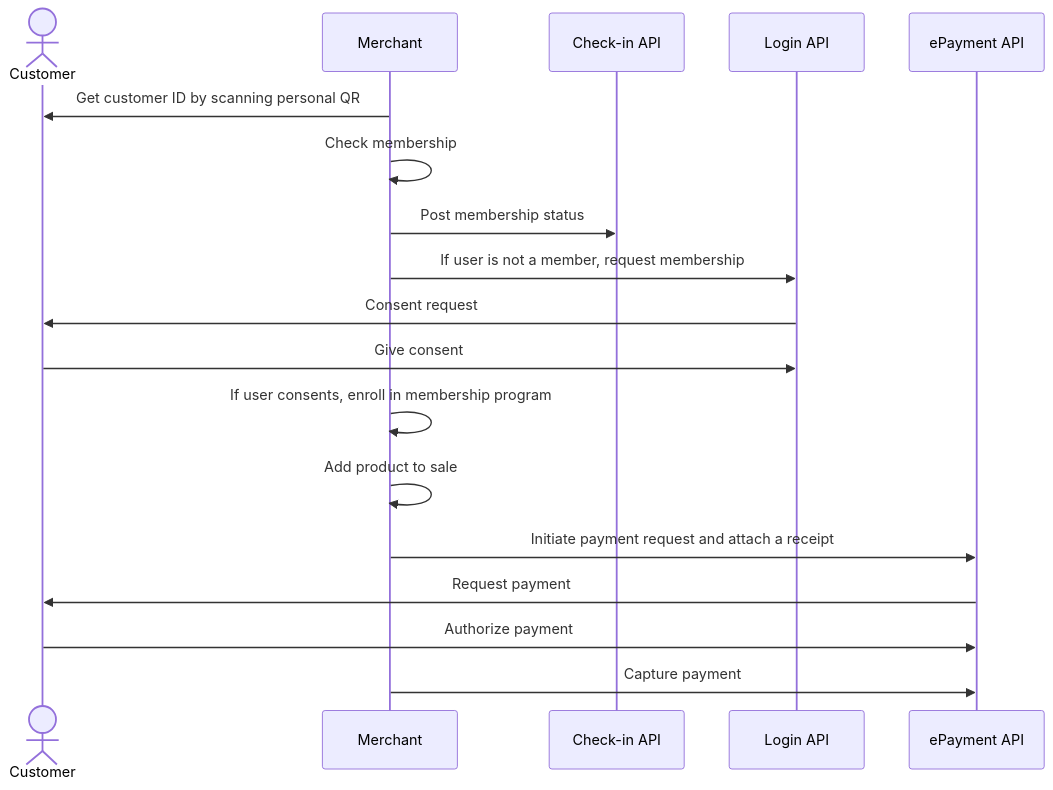
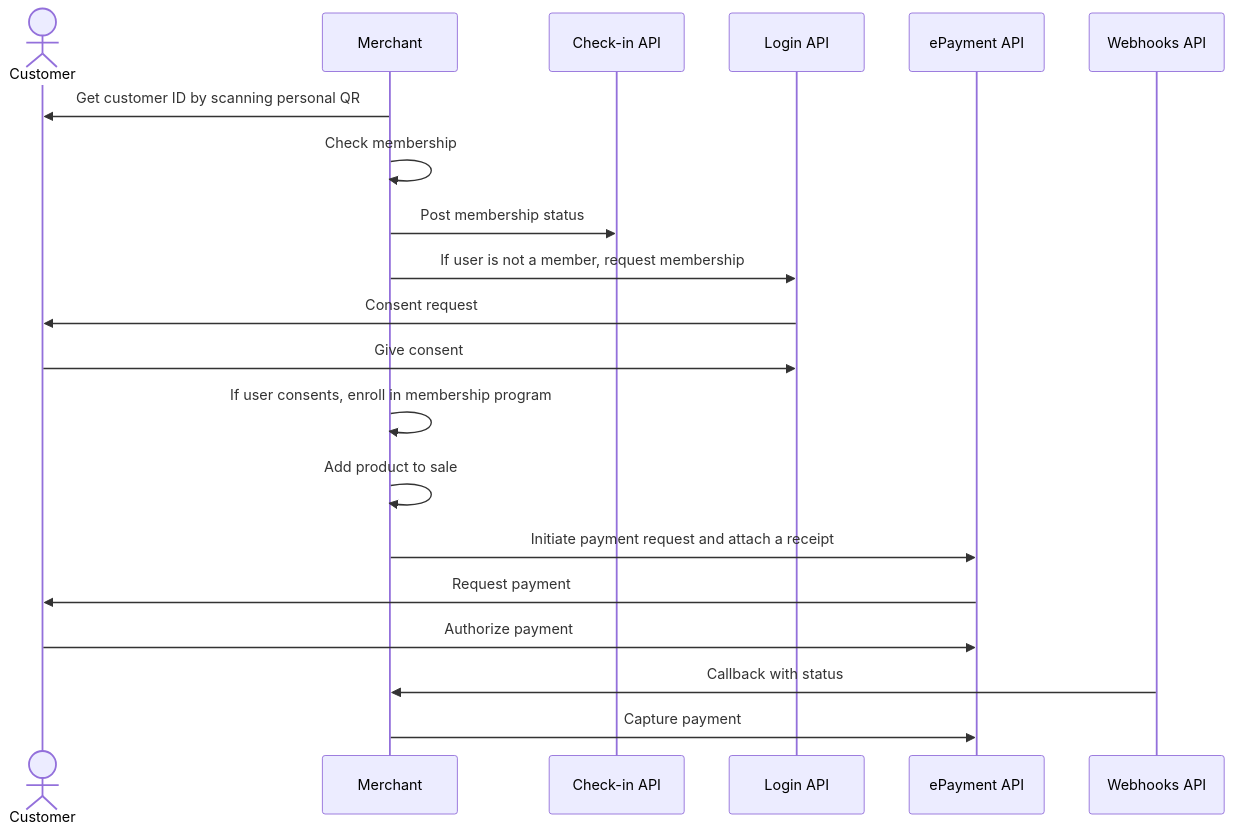
Before and after one commit to vippsas/vipps-solutions: the diagram in loyalty-in-pos/README.md, drawn with Mermaid. The commit also changed 16 other files, not shown here.

Commit message:
Use webhooks in all the ePayment sequence diagrams

````diff
--- a/loyalty-in-pos/README.md
+++ b/loyalty-in-pos/README.md
@@ -221,21 +221,23 @@
 ``` mermaid
 sequenceDiagram
     actor C as Customer
     participant M as Merchant
     participant checkin as Check-in API
     participant login as Login API
     participant ePayment as ePayment API
+    participant Webhooks as Webhooks API
 
     M->>C: Get customer ID by scanning personal QR
     M->>M: Check membership
     M->>checkin: Post membership status
     M->>login: If user is not a member, request membership
     login->>C: Consent request
     C->>login: Give consent
     M->>M: If user consents, enroll in membership program
     M->>M: Add product to sale
     M->>ePayment: Initiate payment request and attach a receipt
     ePayment->>C: Request payment
     C->>ePayment: Authorize payment
+    Webhooks->>M: Callback with status
     M->>ePayment: Capture payment
 ```
````
